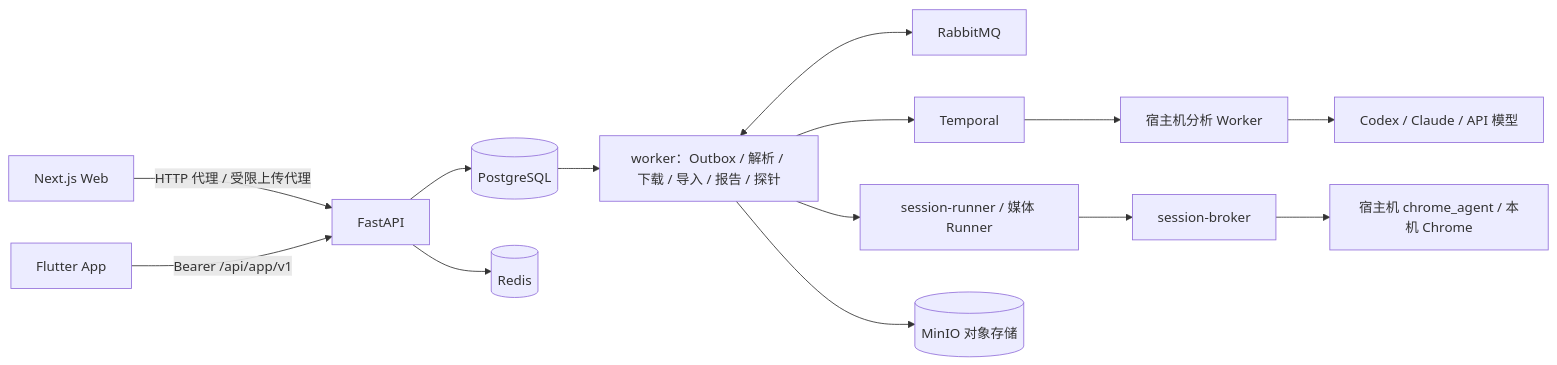
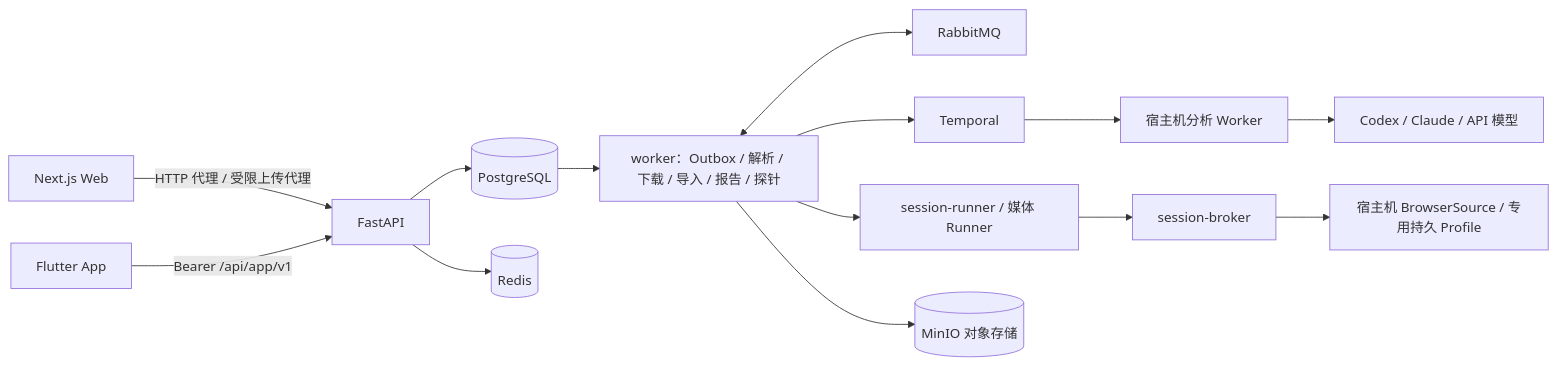
The diagram in docs/design/02-总体架构.md (StephenQiu30/framefetch), drawn with Mermaid before and after one commit. The commit also changed other lines of this file and 58 other files, not shown here.

````diff
--- a/docs/design/02-总体架构.md
+++ b/docs/design/02-总体架构.md
@@ -9,16 +9,16 @@
 ```mermaid
 flowchart LR
   Web[Next.js Web] -->|HTTP 代理 / 受限上传代理| API[FastAPI]
   App[Flutter App] -->|Bearer /api/app/v1| API
   API --> PG[(PostgreSQL)]
   API --> Redis[(Redis)]
   PG --> W[worker：Outbox / 解析 / 下载 / 导入 / 报告 / 探针]
   W <--> MQ[RabbitMQ]
   W --> T[Temporal]
   T --> AN[宿主机分析 Worker]
   W --> SR[session-runner / 媒体 Runner]
   SR --> Broker[session-broker]
-  Broker --> Agent[宿主机 chrome_agent / 本机 Chrome]
+  Broker --> Agent[宿主机 BrowserSource / 专用持久 Profile]
   W --> MinIO[(MinIO 对象存储)]
   AN --> AI[Codex / Claude / API 模型]
 ```
````
